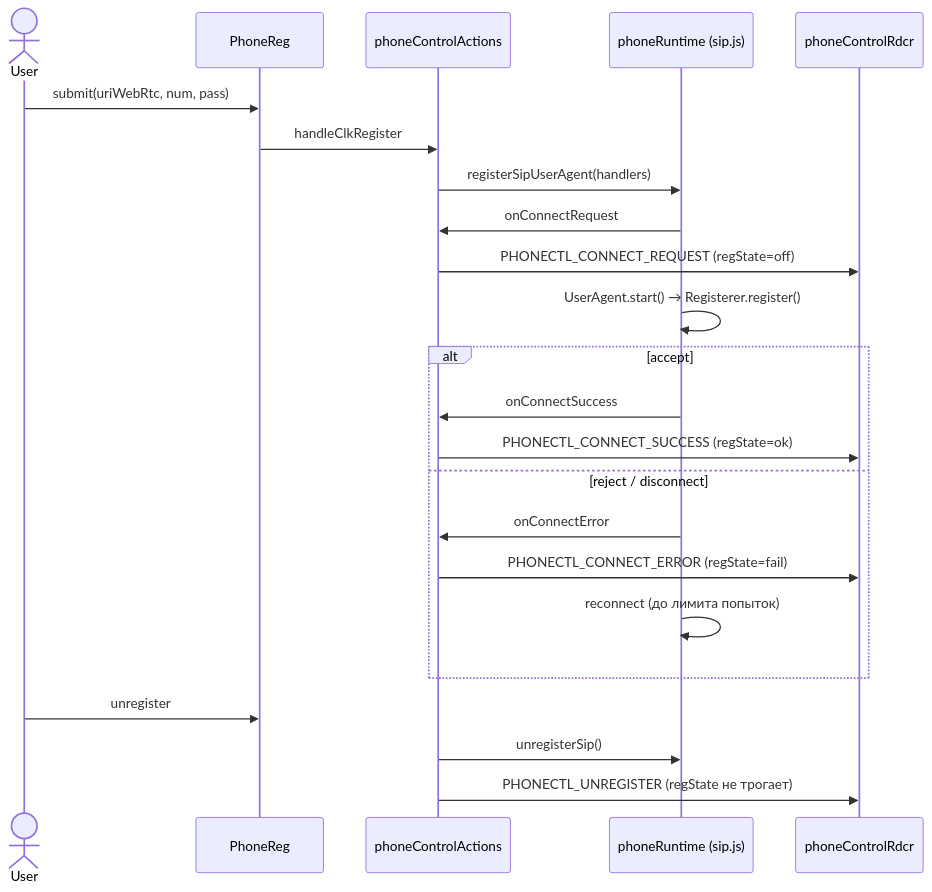
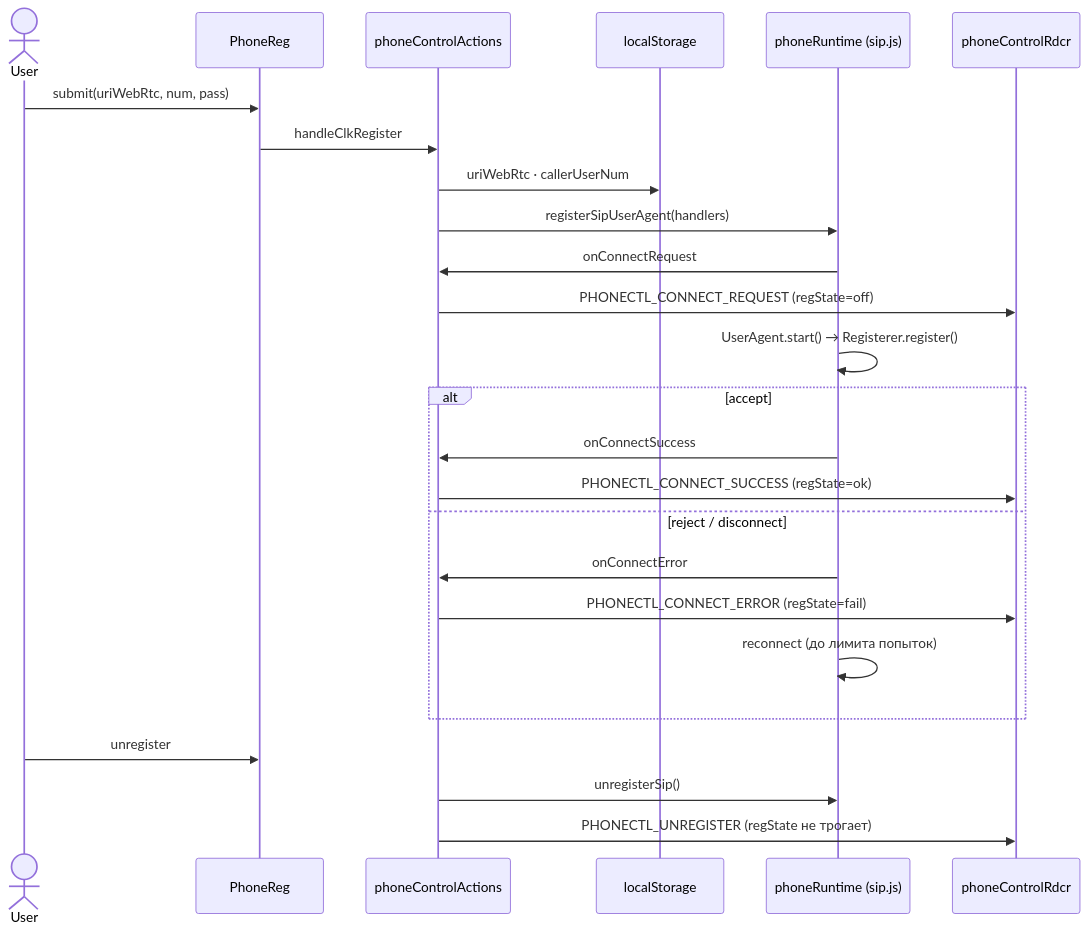
The second of 3 diagrams in docs/STATE.md (ars-anosov/sipjs-react), drawn with Mermaid before and after one commit. The commit also changed other lines of this file and 32 other files, not shown here.

````diff
--- a/docs/STATE.md
+++ b/docs/STATE.md
@@ -50,26 +79,28 @@
 ```mermaid
 sequenceDiagram
   actor User
   participant PhoneReg
   participant Action as phoneControlActions
+  participant LS as localStorage
   participant Runtime as phoneRuntime (sip.js)
   participant Rdcr as phoneControlRdcr
 
   User->>PhoneReg: submit(uriWebRtc, num, pass)
   PhoneReg->>Action: handleClkRegister
+  Action->>LS: uriWebRtc · callerUserNum
   Action->>Runtime: registerSipUserAgent(handlers)
   Runtime->>Action: onConnectRequest
   Action->>Rdcr: PHONECTL_CONNECT_REQUEST (regState=off)
   Runtime->>Runtime: UserAgent.start() → Registerer.register()
   alt accept
     Runtime->>Action: onConnectSuccess
     Action->>Rdcr: PHONECTL_CONNECT_SUCCESS (regState=ok)
   else reject / disconnect
     Runtime->>Action: onConnectError
     Action->>Rdcr: PHONECTL_CONNECT_ERROR (regState=fail)
     Runtime->>Runtime: reconnect (до лимита попыток)
   end
   User->>PhoneReg: unregister
   Action->>Runtime: unregisterSip()
   Action->>Rdcr: PHONECTL_UNREGISTER (regState не трогает)
 ```
````
